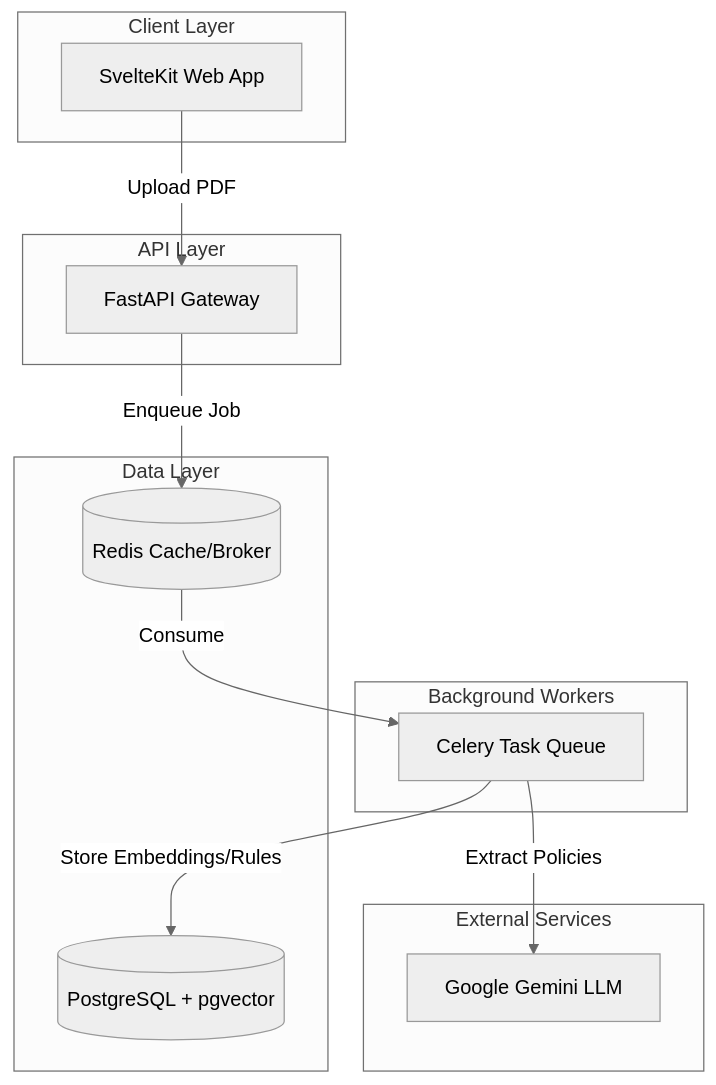
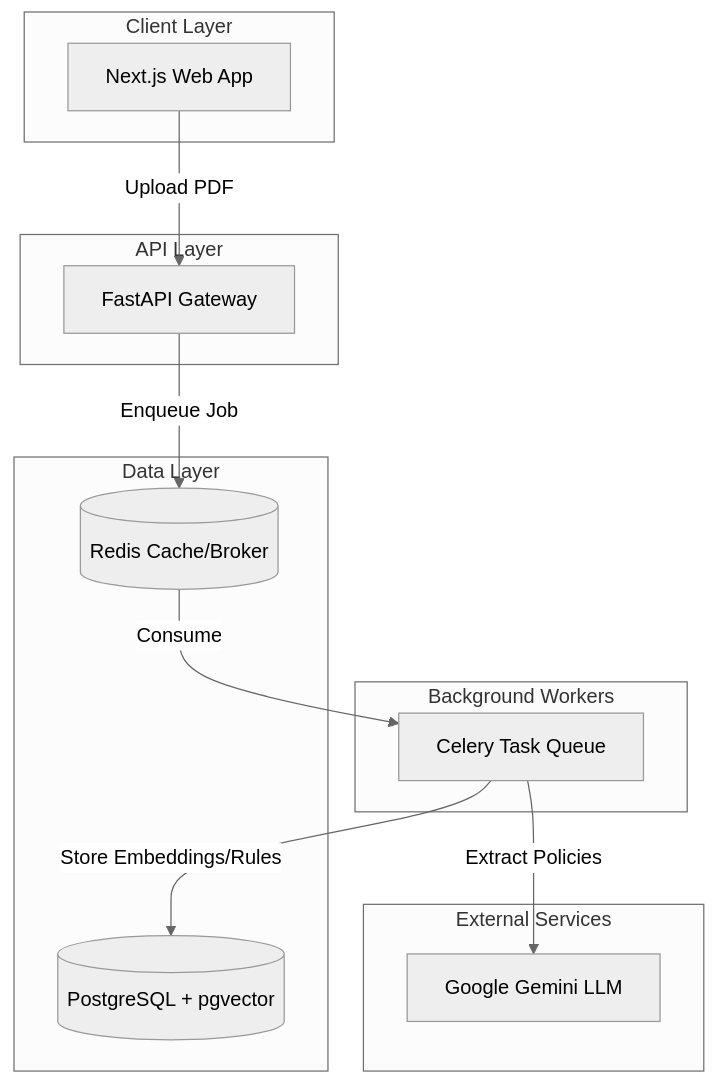
The second of 4 diagrams in README.md (raghul-cyber/regulation-compiler), drawn with Mermaid (neutral theme) before and after one commit. The commit also changed other lines of this file and 319 other files, not shown here.

````diff
--- a/README.md
+++ b/README.md
@@ -66,29 +66,29 @@
 ```mermaid
 flowchart TB
     subgraph Client [Client Layer]
-        UI[SvelteKit Web App]
+        UI[Next.js Web App]
     end
 
     subgraph API [API Layer]
         FastAPI[FastAPI Gateway]
     end
 
     subgraph Background [Background Workers]
         Celery[Celery Task Queue]
     end
 
     subgraph Data [Data Layer]
         PG[(PostgreSQL + pgvector)]
         Redis[(Redis Cache/Broker)]
     end
 
     subgraph External [External Services]
         LLM[Google Gemini LLM]
     end
 
     UI -- "Upload PDF" --> FastAPI
     FastAPI -- "Enqueue Job" --> Redis
     Redis -- "Consume" --> Celery
     Celery -- "Extract Policies" --> LLM
     Celery -- "Store Embeddings/Rules" --> PG
 ```
````
